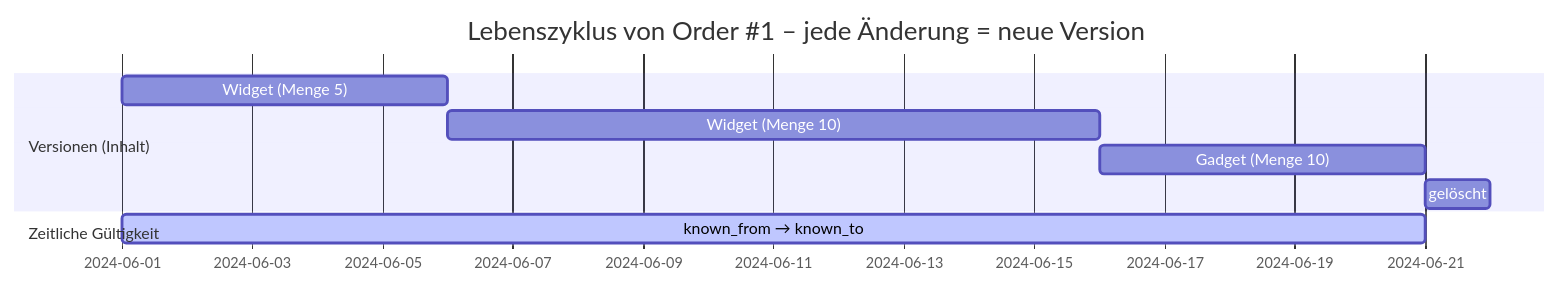
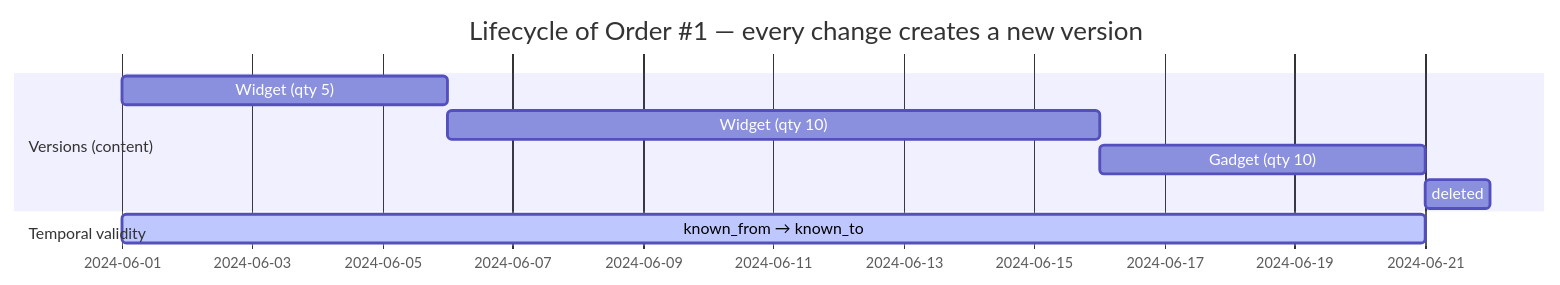
The first of 2 diagrams in docs/unitemporal.md (guggach/laravel-db-temporal), drawn with Mermaid before and after one commit. The commit also changed other lines of this file and 30 other files, not shown here.

````diff
--- a/docs/unitemporal.md
+++ b/docs/unitemporal.md
@@ -23,15 +23,15 @@
 ```mermaid
 gantt
-    title Lebenszyklus von Order #1 – jede Änderung = neue Version
+    title Lifecycle of Order #1 — every change creates a new version
     dateFormat  YYYY-MM-DD
     axisFormat  %Y-%m-%d
 
-    section Versionen (Inhalt)
-    Widget (Menge 5)    :v1, 2024-06-01, 5d
-    Widget (Menge 10)   :v2, 2024-06-06, 10d
-    Gadget (Menge 10)   :v3, 2024-06-16, 5d
-    gelöscht            :v3d, 2024-06-21, 1d
+    section Versions (content)
+    Widget (qty 5)    :v1, 2024-06-01, 5d
+    Widget (qty 10)   :v2, 2024-06-06, 10d
+    Gadget (qty 10)   :v3, 2024-06-16, 5d
+    deleted           :v3d, 2024-06-21, 1d
 
-    section Zeitliche Gültigkeit
+    section Temporal validity
     known_from → known_to :active, 2024-06-01, 20d
 ```
````
